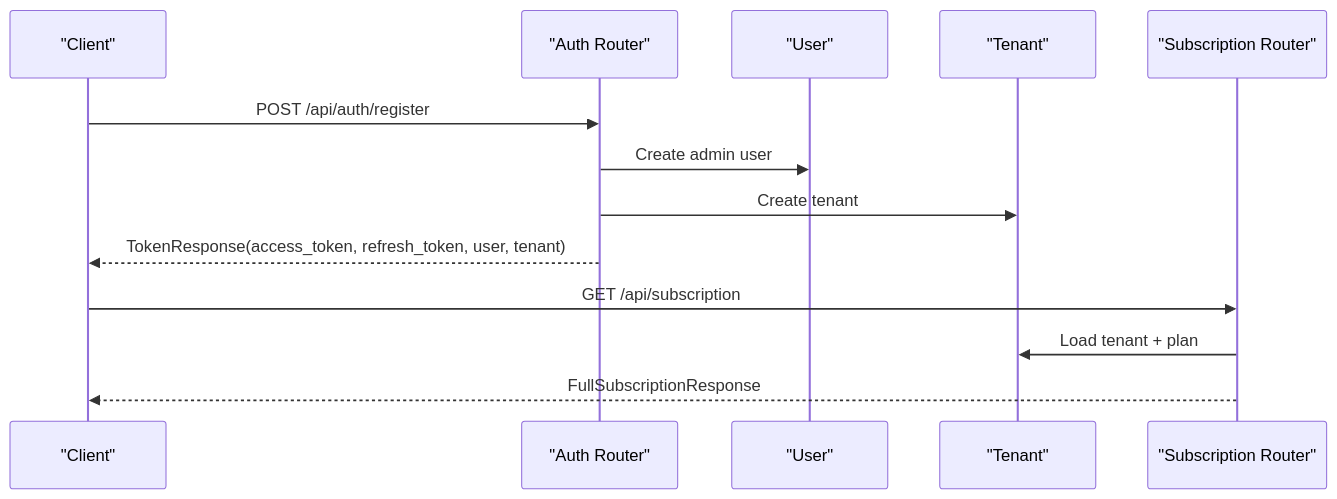
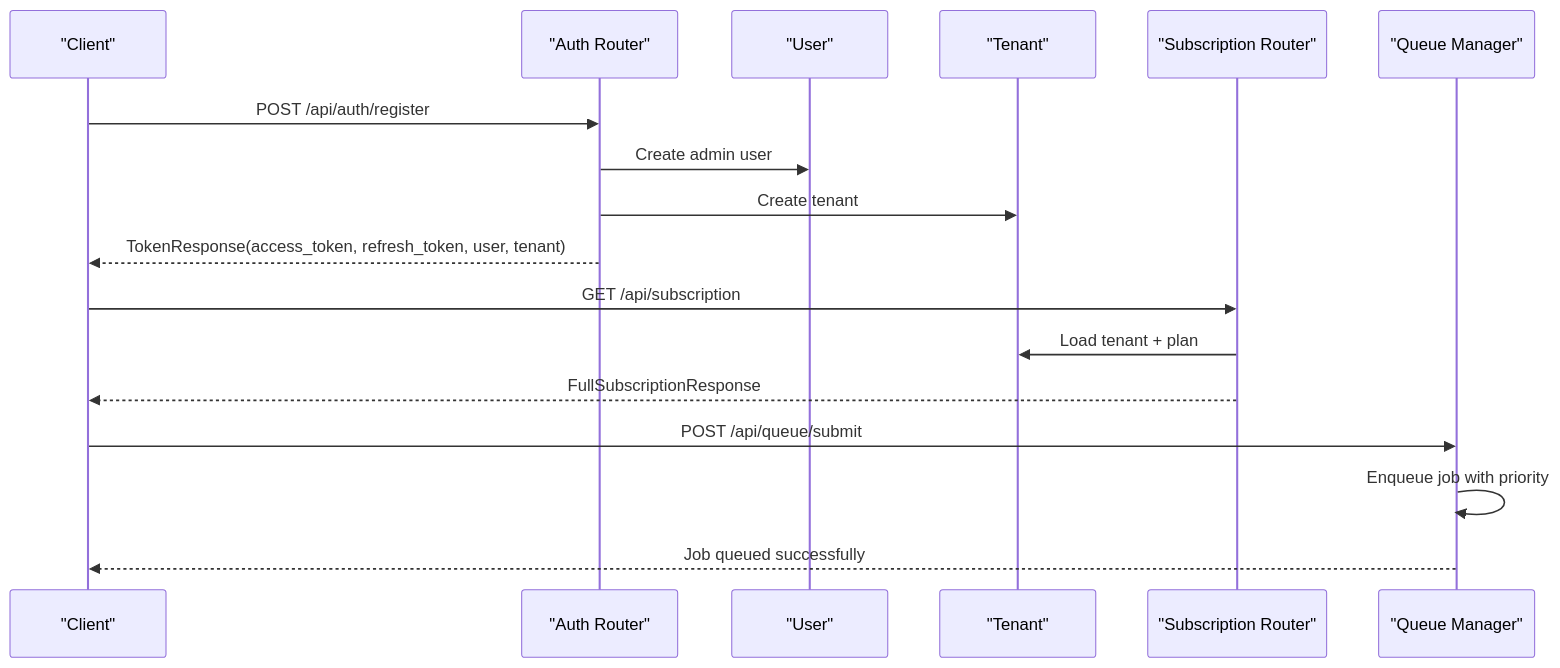
Before and after one commit to Revanththetalogics/aireume: the second of 4 diagrams in .qoder/repowiki/en/content/API Reference/API Reference.md, drawn with Mermaid. The commit also changed other lines of this file and 20 other files, not shown here.

````diff
--- a/.qoder/repowiki/en/content/API Reference/API Reference.md
+++ b/.qoder/repowiki/en/content/API Reference/API Reference.md
@@ -161,15 +197,19 @@
 ```mermaid
 sequenceDiagram
 participant C as "Client"
 participant A as "Auth Router"
 participant U as "User"
 participant T as "Tenant"
 participant S as "Subscription Router"
+participant Q as "Queue Manager"
 C->>A : POST /api/auth/register
 A->>U : Create admin user
 A->>T : Create tenant
 A-->>C : TokenResponse(access_token, refresh_token, user, tenant)
 C->>S : GET /api/subscription
 S->>T : Load tenant + plan
 S-->>C : FullSubscriptionResponse
+C->>Q : POST /api/queue/submit
+Q->>Q : Enqueue job with priority
+Q-->>C : Job queued successfully
 ```
````
